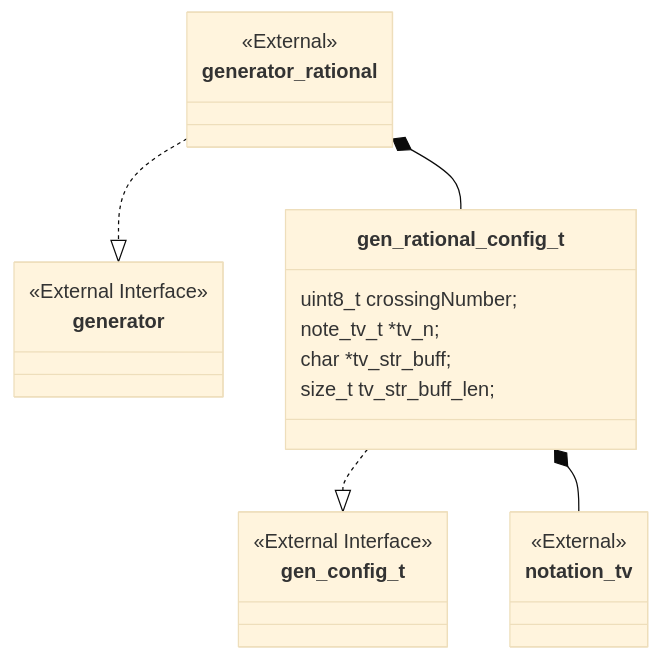
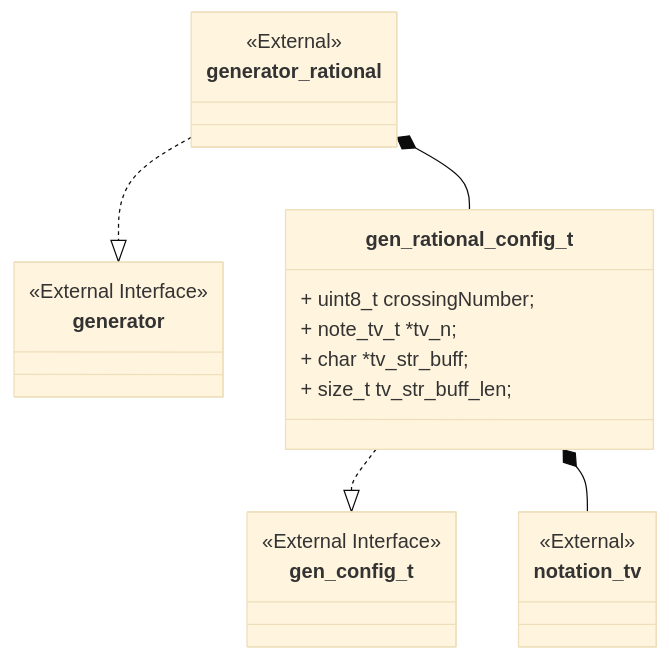
One commit to Joecstarr/thesis changed the first of 3 diagrams in sections/software/documentation/generators/rational.md. Above: the diagram before and after it, drawn with Mermaid (base theme). The commit also changed 5 other files, not shown here.

````diff
--- a/sections/software/documentation/generators/rational.md
+++ b/sections/software/documentation/generators/rational.md
@@ -5,33 +5,33 @@
 ```mermaid
 classDiagram
     generator_rational ..|> generator
     gen_rational_config_t ..|> gen_config_t
     gen_rational_config_t *-- notation_tv
     generator_rational *-- gen_rational_config_t
 
     class generator {
         <<External Interface>>
     }
 
     class generator_rational {
 <<External>>
 }
 
 class gen_rational_config_t {
 
-uint8_t crossingNumber;
-note_tv_t *tv_n;
-char *tv_str_buff;
-size_t tv_str_buff_len;
++ uint8_t crossingNumber;
++ note_tv_t *tv_n;
++ char *tv_str_buff;
++ size_t tv_str_buff_len;
 }
 
 class gen_config_t {
 <<External Interface>>
 
 }
 
 class notation_tv{
 <<External>>
 }
 
 ```
````
